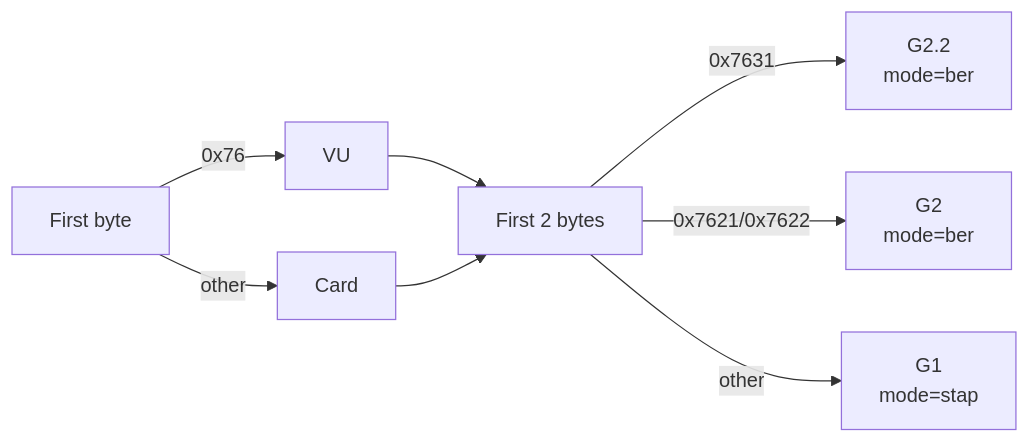
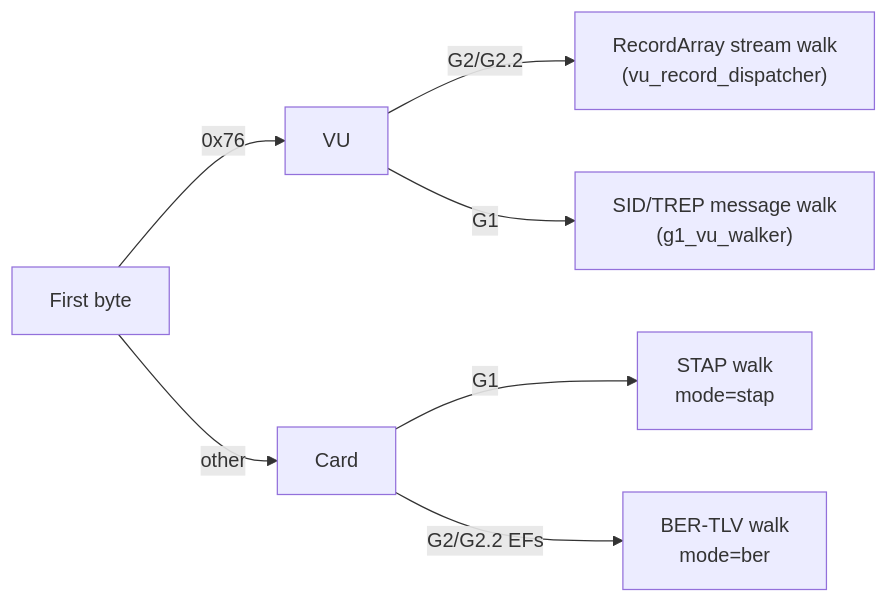
The diagram in docs/developer/parsing_pipeline.md (Syax89/DDDTachograph_Reader), drawn with Mermaid before and after one commit. The commit also changed other lines of this file and 13 other files, not shown here.

````diff
--- a/docs/developer/parsing_pipeline.md
+++ b/docs/developer/parsing_pipeline.md
@@ -31,10 +21,9 @@
 ```mermaid
 flowchart LR
     A["First byte"] -->|"0x76"| B[VU]
     A -->|"other"| C[Card]
-    B --> D["First 2 bytes"]
-    C --> D
-    D -->|"0x7631"| E["G2.2\nmode=ber"]
-    D -->|"0x7621/0x7622"| F["G2\nmode=ber"]
-    D -->|"other"| G["G1\nmode=stap"]
+    B -->|"G2/G2.2"| H["RecordArray stream walk\n(vu_record_dispatcher)"]
+    B -->|"G1"| I["SID/TREP message walk\n(g1_vu_walker)"]
+    C -->|"G1"| G["STAP walk\nmode=stap"]
+    C -->|"G2/G2.2 EFs"| F["BER-TLV walk\nmode=ber"]
 ```
````
